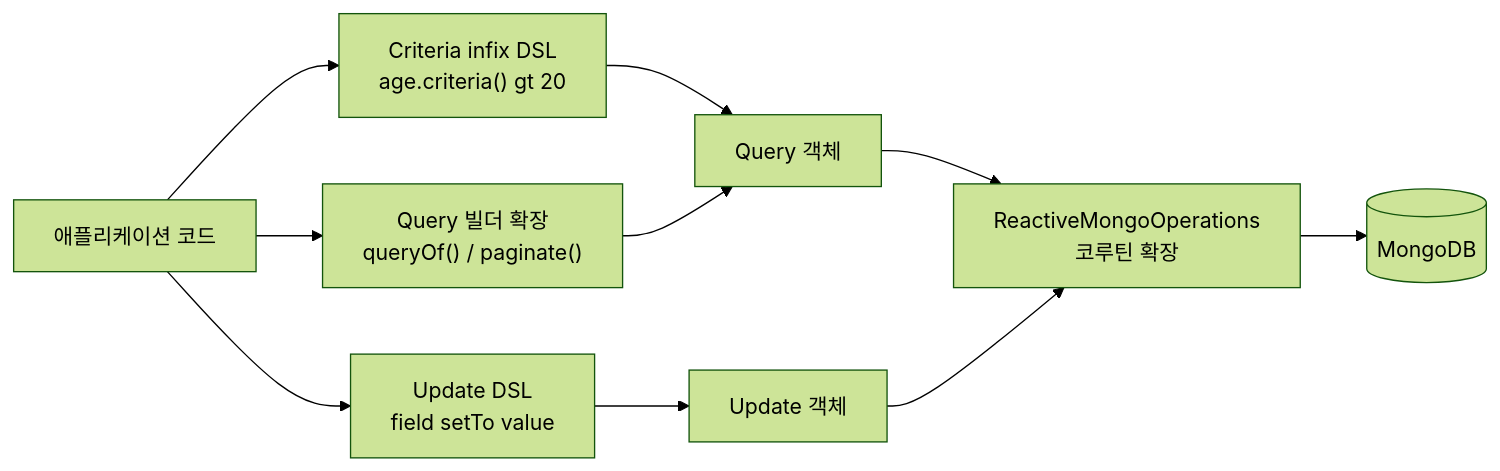
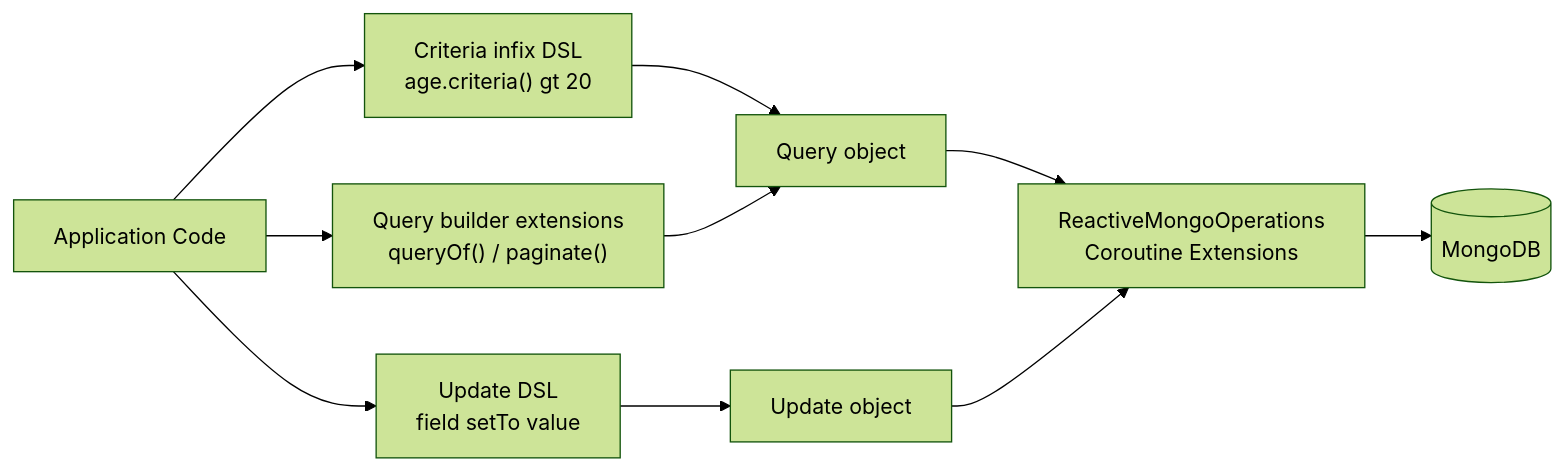
The third of 4 diagrams in spring-boot4/mongodb/README.md (bluetape4k/bluetape4k-projects), drawn with Mermaid (forest theme) before and after one commit. The commit also changed other lines of this file and 265 other files, not shown here.

````diff
--- a/spring-boot4/mongodb/README.md
+++ b/spring-boot4/mongodb/README.md
@@ -173,12 +174,12 @@
 ```mermaid
 flowchart LR
-    Code["애플리케이션 코드"] --> CriteriaDSL["Criteria infix DSL<br/>age.criteria() gt 20"]
-    Code --> QueryBuilder["Query 빌더 확장<br/>queryOf() / paginate()"]
+    Code["Application Code"] --> CriteriaDSL["Criteria infix DSL<br/>age.criteria() gt 20"]
+    Code --> QueryBuilder["Query builder extensions<br/>queryOf() / paginate()"]
     Code --> UpdateDSL["Update DSL<br/>field setTo value"]
-    CriteriaDSL --> Query["Query 객체"]
+    CriteriaDSL --> Query["Query object"]
     QueryBuilder --> Query
-    UpdateDSL --> Update["Update 객체"]
-    Query --> ROps["ReactiveMongoOperations<br/>코루틴 확장"]
+    UpdateDSL --> Update["Update object"]
+    Query --> ROps["ReactiveMongoOperations<br/>Coroutine Extensions"]
     Update --> ROps
     ROps --> MongoDB[("MongoDB")]
 ```
````
